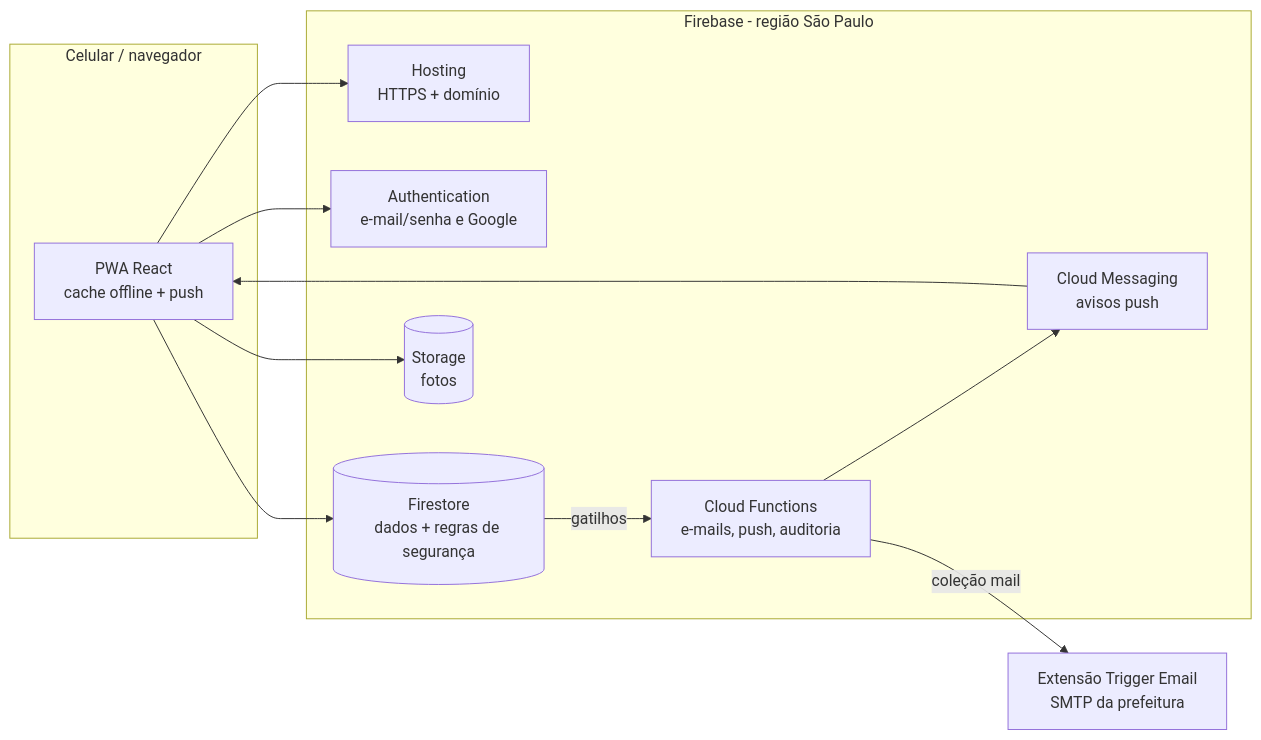
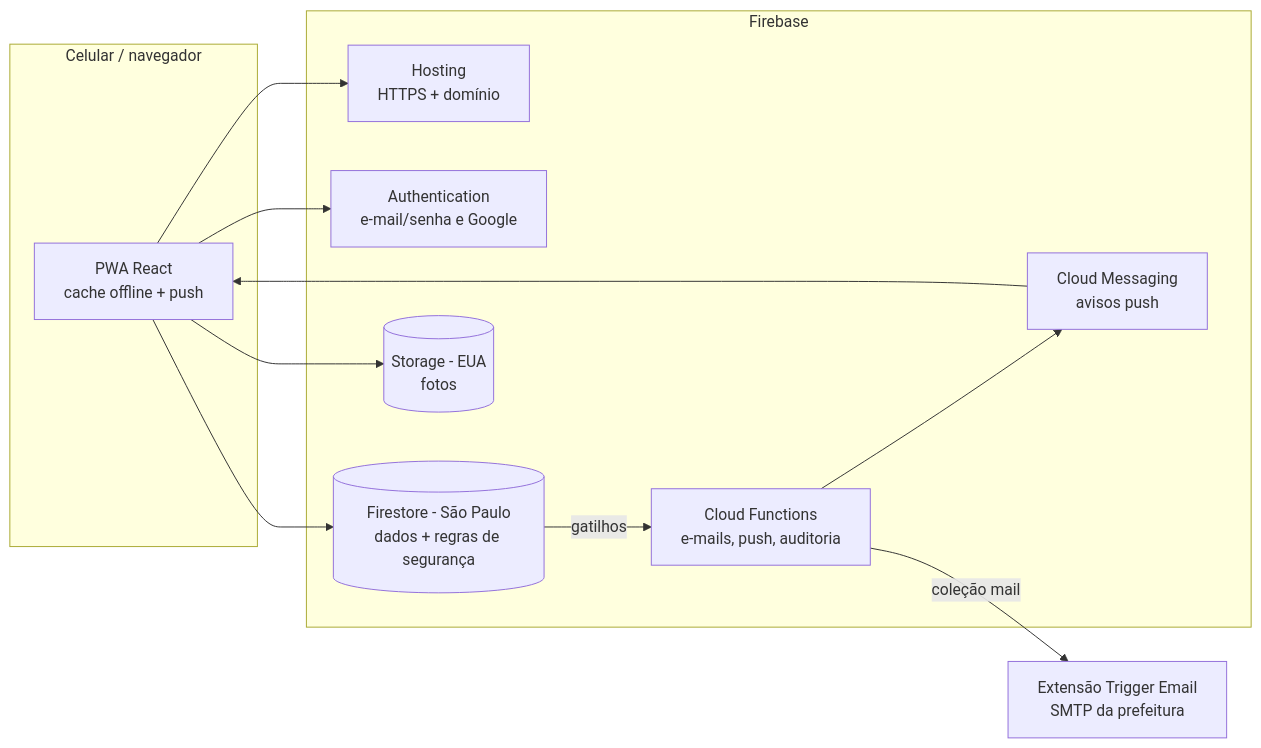
The diagram in README.md (andreyquadros/super-app-rolim), drawn with Mermaid before and after one commit. The commit also changed 3 other files, not shown here.

First line of the commit message:
docs: fotos no bucket dos EUA (us-east1), por decisão da prefeitura

````diff
--- a/README.md
+++ b/README.md
@@ -23,22 +23,22 @@
 ```mermaid
 flowchart LR
   subgraph Celular / navegador
     PWA[PWA React<br/>cache offline + push]
   end
-  subgraph Firebase - região São Paulo
+  subgraph Firebase
     H[Hosting<br/>HTTPS + domínio]
     A[Authentication<br/>e-mail/senha e Google]
-    F[(Firestore<br/>dados + regras de segurança)]
-    S[(Storage<br/>fotos)]
+    F[(Firestore - São Paulo<br/>dados + regras de segurança)]
+    S[(Storage - EUA<br/>fotos)]
     CF[Cloud Functions<br/>e-mails, push, auditoria]
     M[Cloud Messaging<br/>avisos push]
   end
   E[Extensão Trigger Email<br/>SMTP da prefeitura]
   PWA --> H
   PWA --> A
   PWA --> F
   PWA --> S
   F -- gatilhos --> CF
   CF --> M --> PWA
   CF -- coleção mail --> E
 ```
````
